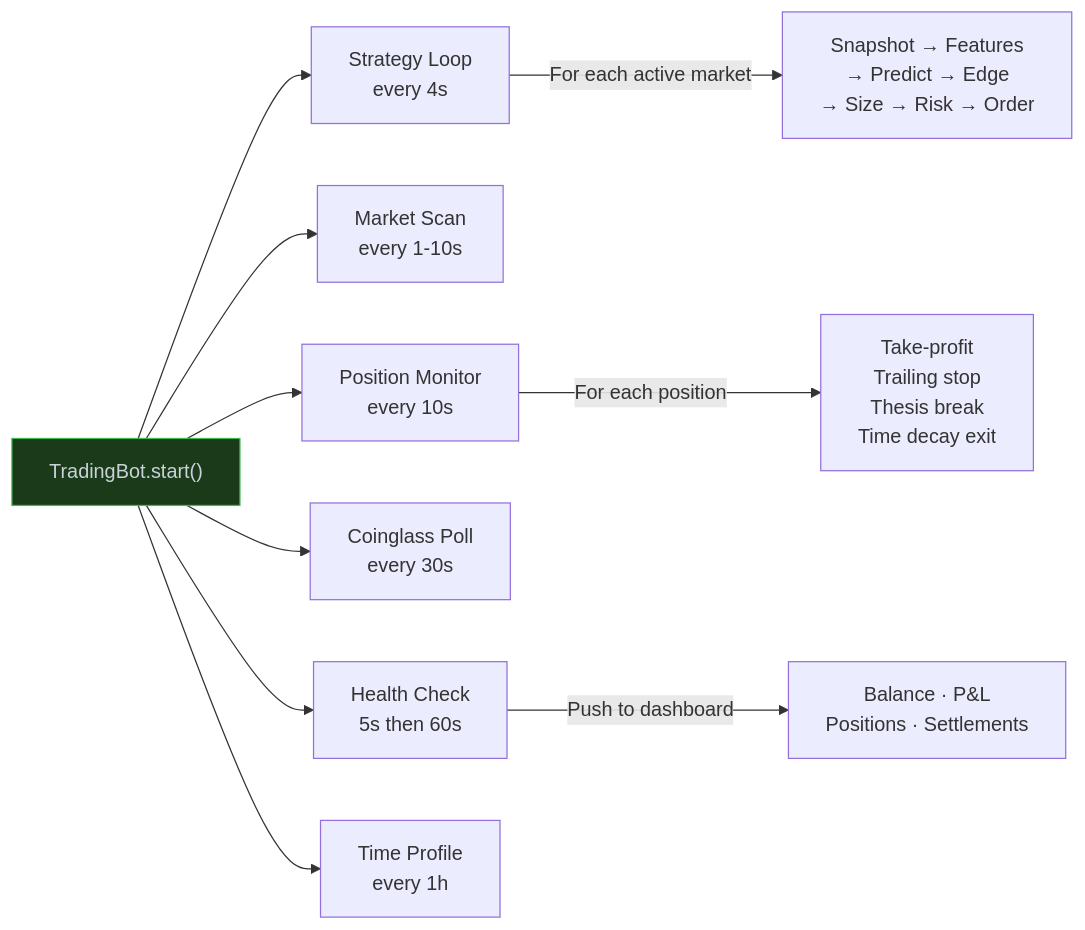
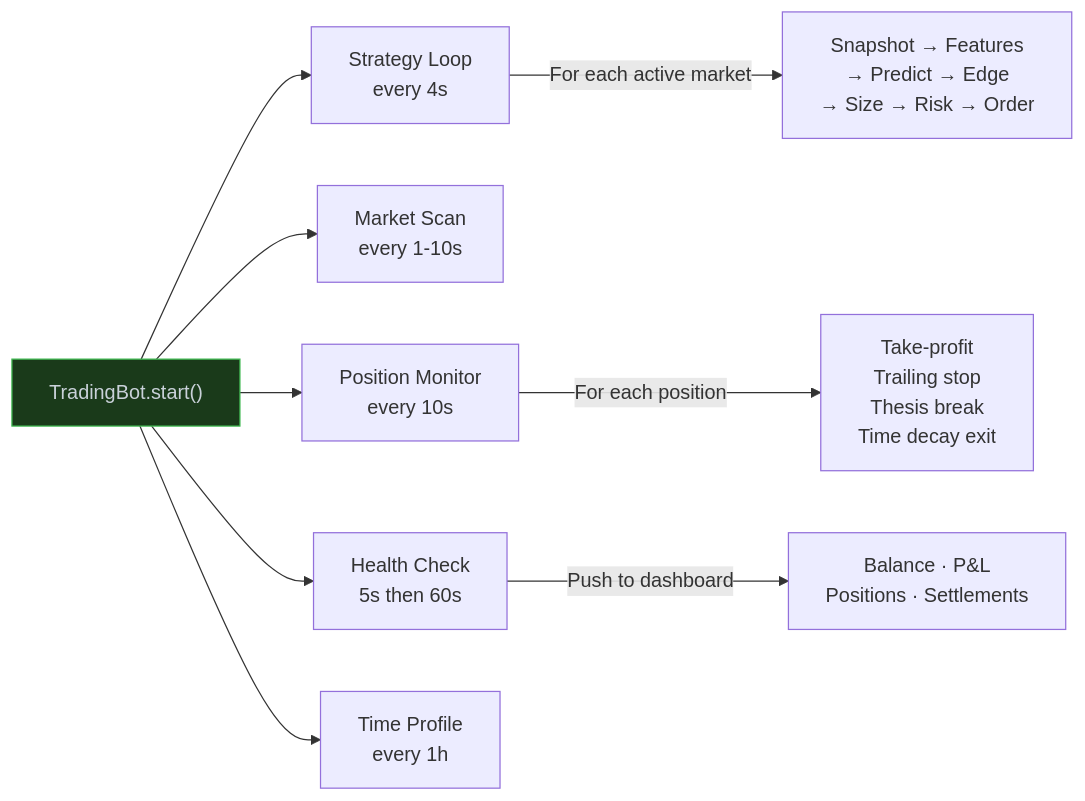
One commit to hamad-khawaja/kalshi-trading-bot changed the third of 3 diagrams in README.md. Above: the diagram before and after it, drawn with Mermaid. The commit also changed other lines of this file and 17 other files, not shown here.

````diff
--- a/README.md
+++ b/README.md
@@ -111,17 +110,16 @@
 ```mermaid
 flowchart LR
     BOT["TradingBot.start()"]
 
     BOT --> S["Strategy Loop\nevery 4s"]
     BOT --> MS["Market Scan\nevery 1-10s"]
     BOT --> PM["Position Monitor\nevery 10s"]
-    BOT --> CG["Coinglass Poll\nevery 30s"]
     BOT --> HC["Health Check\n5s then 60s"]
     BOT --> TP["Time Profile\nevery 1h"]
 
     S -->|"For each active market"| CYCLE["Snapshot → Features\n→ Predict → Edge\n→ Size → Risk → Order"]
     PM -->|"For each position"| EXIT["Take-profit\nTrailing stop\nThesis break\nTime decay exit"]
     HC -->|"Push to dashboard"| DASH["Balance · P&L\nPositions · Settlements"]
 
     style BOT fill:#1a3a1a,stroke:#3fb950,color:#c9d1d9
 ```
````
